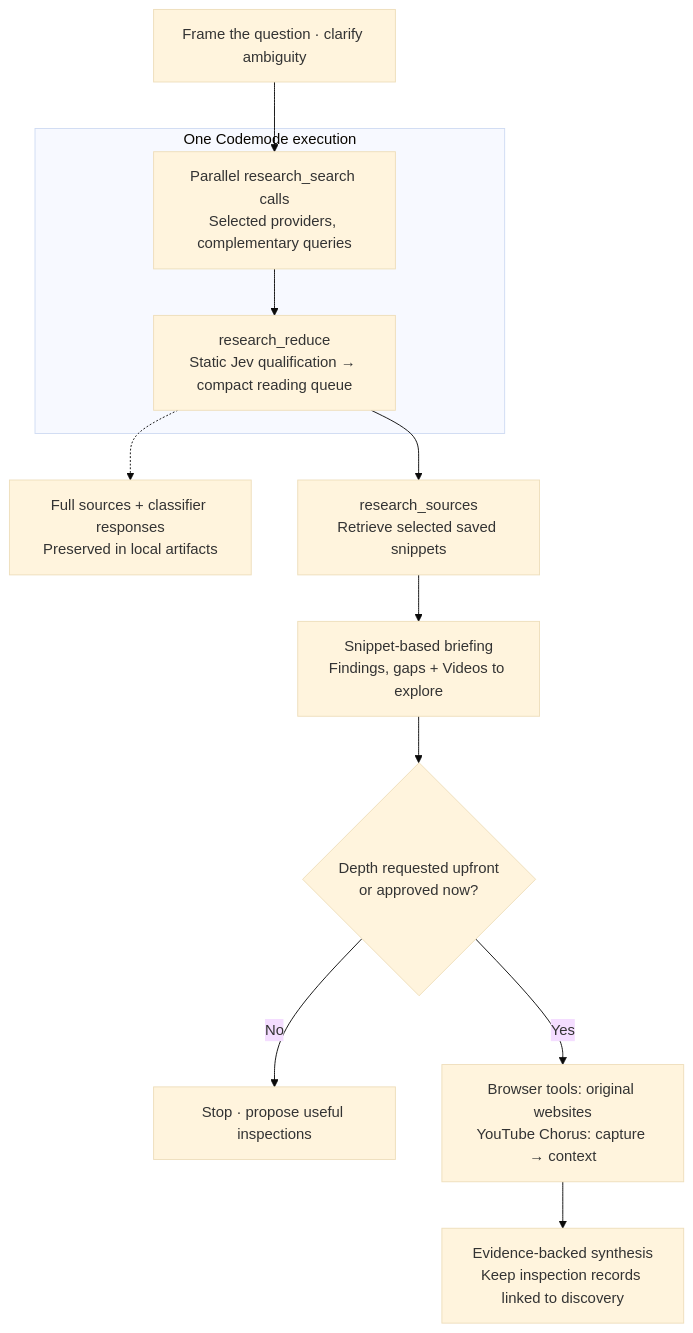
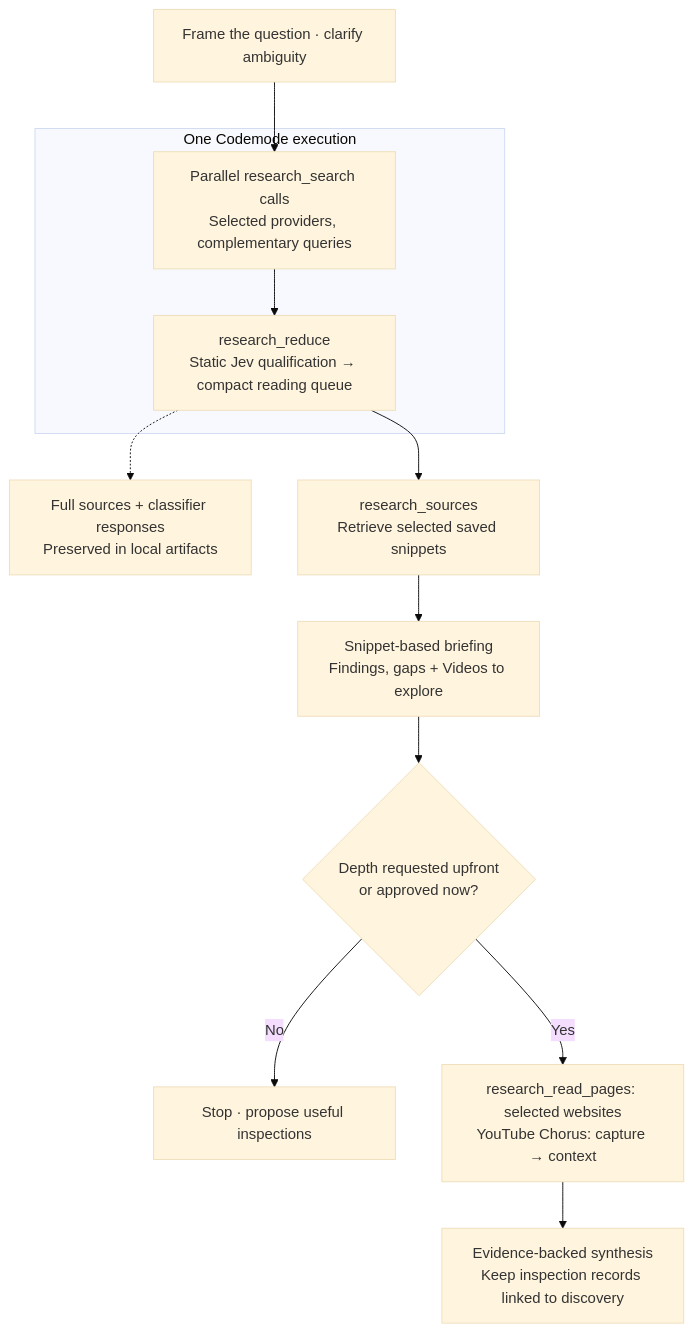
One commit to zeebeeCoder/pi-research changed the diagram in README.md. Above: the diagram before and after it, drawn with Mermaid (base theme). The commit also changed other lines of this file and 5 other files, not shown here.

````diff
--- a/README.md
+++ b/README.md
@@ -11,14 +13,14 @@
 ```mermaid
 flowchart TD
     Q["Frame the question · clarify ambiguity"] --> D
     subgraph C["One Codemode execution"]
         D["Parallel research_search calls<br/>Selected providers, complementary queries"] --> R["research_reduce<br/>Static Jev qualification → compact reading queue"]
     end
     R -.-> A["Full sources + classifier responses<br/>Preserved in local artifacts"]
     R --> S["research_sources<br/>Retrieve selected saved snippets"]
     S --> B["Snippet-based briefing<br/>Findings, gaps + Videos to explore"]
     B --> G{"Depth requested upfront<br/>or approved now?"}
     G -- No --> STOP["Stop · propose useful inspections"]
-    G -- Yes --> I["Browser tools: original websites<br/>YouTube Chorus: capture → context"]
+    G -- Yes --> I["research_read_pages: selected websites<br/>YouTube Chorus: capture → context"]
     I --> F["Evidence-backed synthesis<br/>Keep inspection records linked to discovery"]
 ```
````
